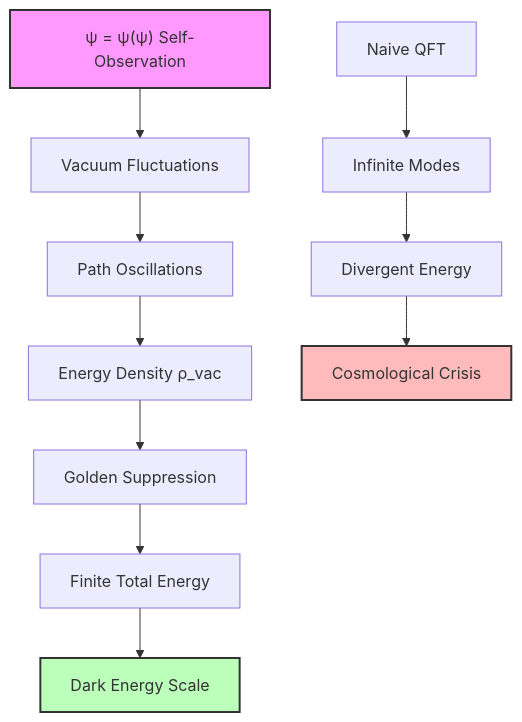
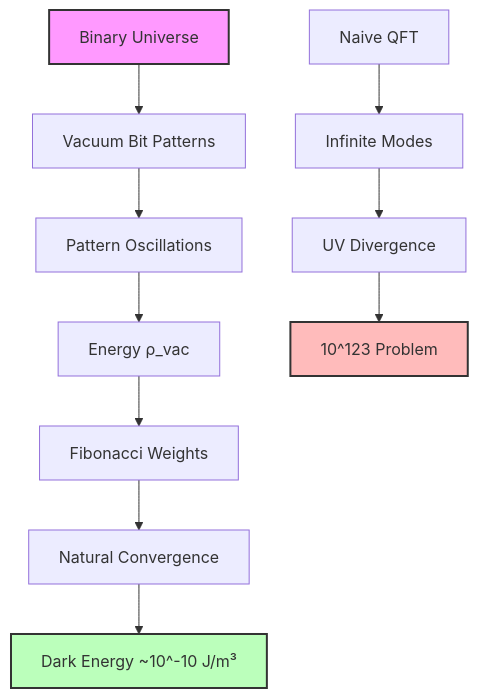
One commit to loning/the-phys changed the first of 2 diagrams in docs/psi-constants/part-04-collapse-cosmology/chapter-049-collapse-vacuum-energy-density.md. Above: the diagram before and after it, drawn with Mermaid. The commit also changed other lines of this file and 3 other files, not shown here.

````diff
--- a/docs/psi-constants/part-04-collapse-cosmology/chapter-049-collapse-vacuum-energy-density.md
+++ b/docs/psi-constants/part-04-collapse-cosmology/chapter-049-collapse-vacuum-energy-density.md
@@ -32,17 +52,17 @@
 ```mermaid
 graph TD
-    A["ψ = ψ(ψ) Self-Observation"] --> B["Vacuum Fluctuations"]
-    B --> C["Path Oscillations"]
-    C --> D["Energy Density ρ_vac"]
-    D --> E["Golden Suppression"]
-    E --> F["Finite Total Energy"]
-    F --> G["Dark Energy Scale"]
+    A["Binary Universe"] --> B["Vacuum Bit Patterns"]
+    B --> C["Pattern Oscillations"]
+    C --> D["Energy ρ_vac"]
+    D --> E["Fibonacci Weights"]
+    E --> F["Natural Convergence"]
+    F --> G["Dark Energy ~10^-10 J/m³"]
     
     H["Naive QFT"] --> I["Infinite Modes"]
-    I --> J["Divergent Energy"]
-    J --> K["Cosmological Crisis"]
+    I --> J["UV Divergence"]
+    J --> K["10^123 Problem"]
     
     style A fill:#f9f,stroke:#333,stroke-width:2px
     style G fill:#bfb,stroke:#333,stroke-width:2px
     style K fill:#fbb,stroke:#333,stroke-width:2px
 ```
````
